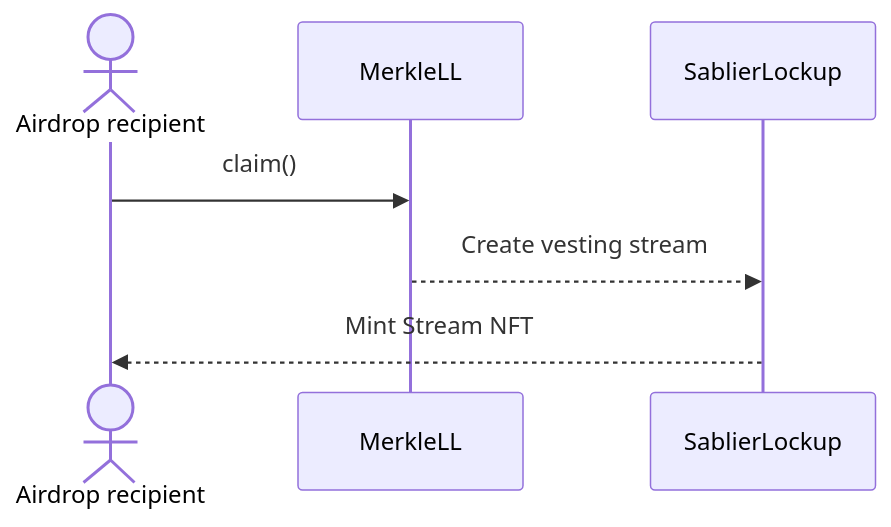
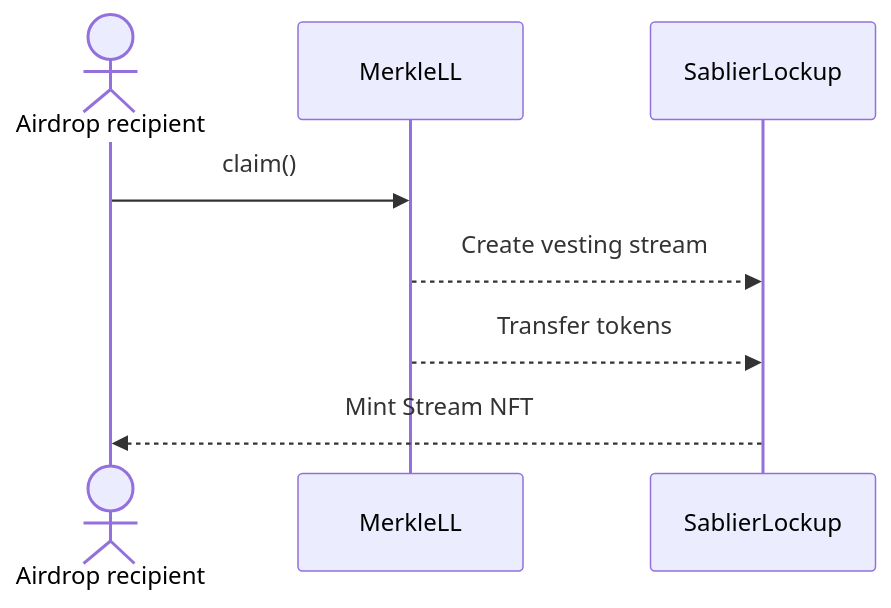
The second of 5 diagrams in docs/reference/airdrops/01-diagrams.md (sablier-labs/docs), drawn with Mermaid before and after one commit. The commit also changed 34 other files, not shown here.

First line of the commit message:
Add new sections, examples and diagrams (#339)

````diff
--- a/docs/reference/airdrops/01-diagrams.md
+++ b/docs/reference/airdrops/01-diagrams.md
@@ -22,8 +22,9 @@
 ```mermaid
 sequenceDiagram
   actor Airdrop recipient
 
   Airdrop recipient ->> MerkleLL: claim()
   MerkleLL -->> SablierLockup: Create vesting stream
+  MerkleLL -->> SablierLockup: Transfer tokens
   SablierLockup -->> Airdrop recipient: Mint Stream NFT
 ```
````
